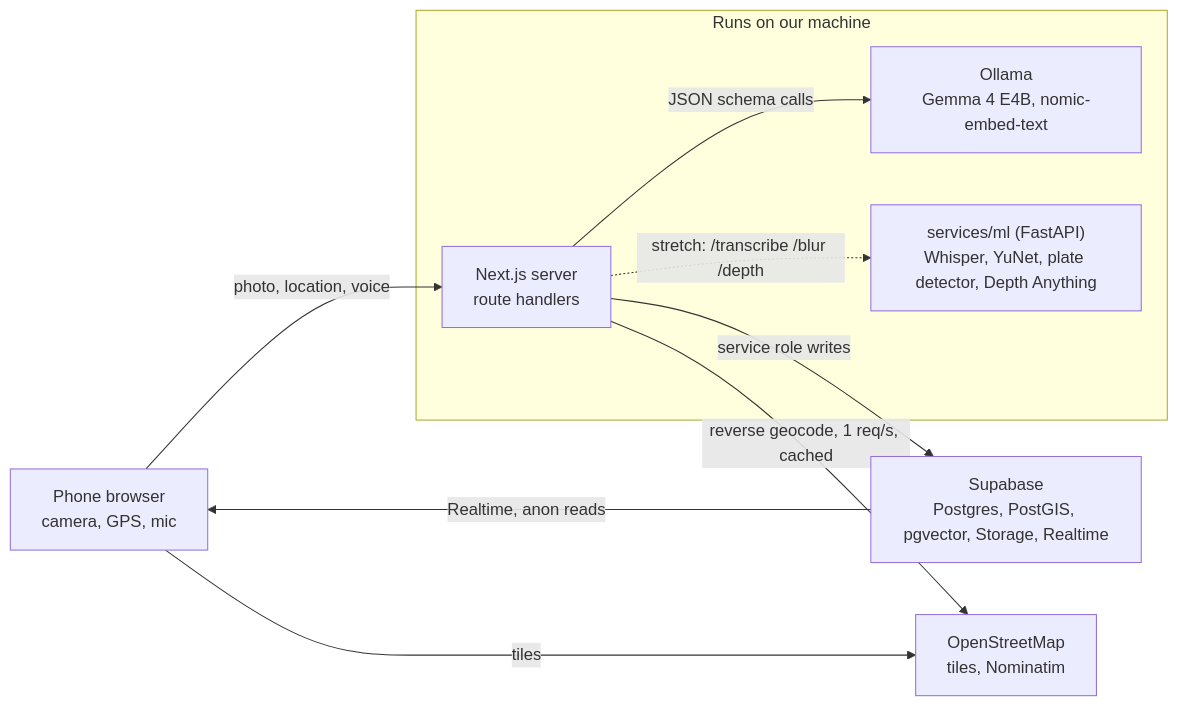
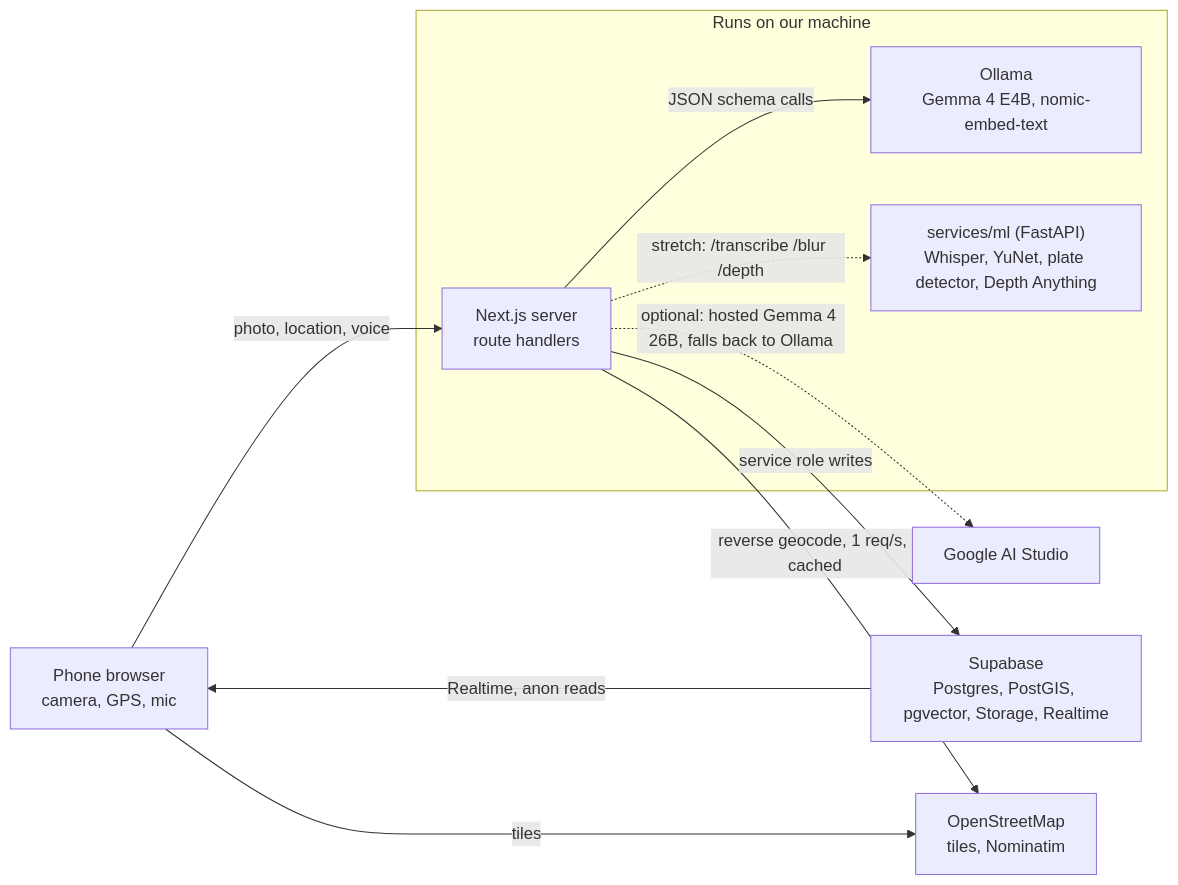
One commit to shouryez/urbantrace changed the diagram in README.md. Above: the diagram before and after it, drawn with Mermaid. The commit also changed other lines of this file, not shown here.

Commit message:
README: civic intelligence features, hosted Gemma option, new routes and seed

````diff
--- a/README.md
+++ b/README.md
@@ -50,15 +76,16 @@
 ```mermaid
 flowchart LR
   phone["Phone browser<br/>camera, GPS, mic"] -->|photo, location, voice| next
   subgraph machine["Runs on our machine"]
     next["Next.js server<br/>route handlers"]
     ollama["Ollama<br/>Gemma 4 E4B, nomic-embed-text"]
     ml["services/ml (FastAPI)<br/>Whisper, YuNet, plate detector, Depth Anything"]
     next -->|"JSON schema calls"| ollama
     next -.->|"stretch: /transcribe /blur /depth"| ml
   end
+  next -.->|"optional: hosted Gemma 4 26B, falls back to Ollama"| google["Google AI Studio"]
   next -->|"service role writes"| supa["Supabase<br/>Postgres, PostGIS, pgvector, Storage, Realtime"]
   supa -->|"Realtime, anon reads"| phone
   next -->|"reverse geocode, 1 req/s, cached"| osm["OpenStreetMap<br/>tiles, Nominatim"]
   phone -->|tiles| osm
 ```
````
